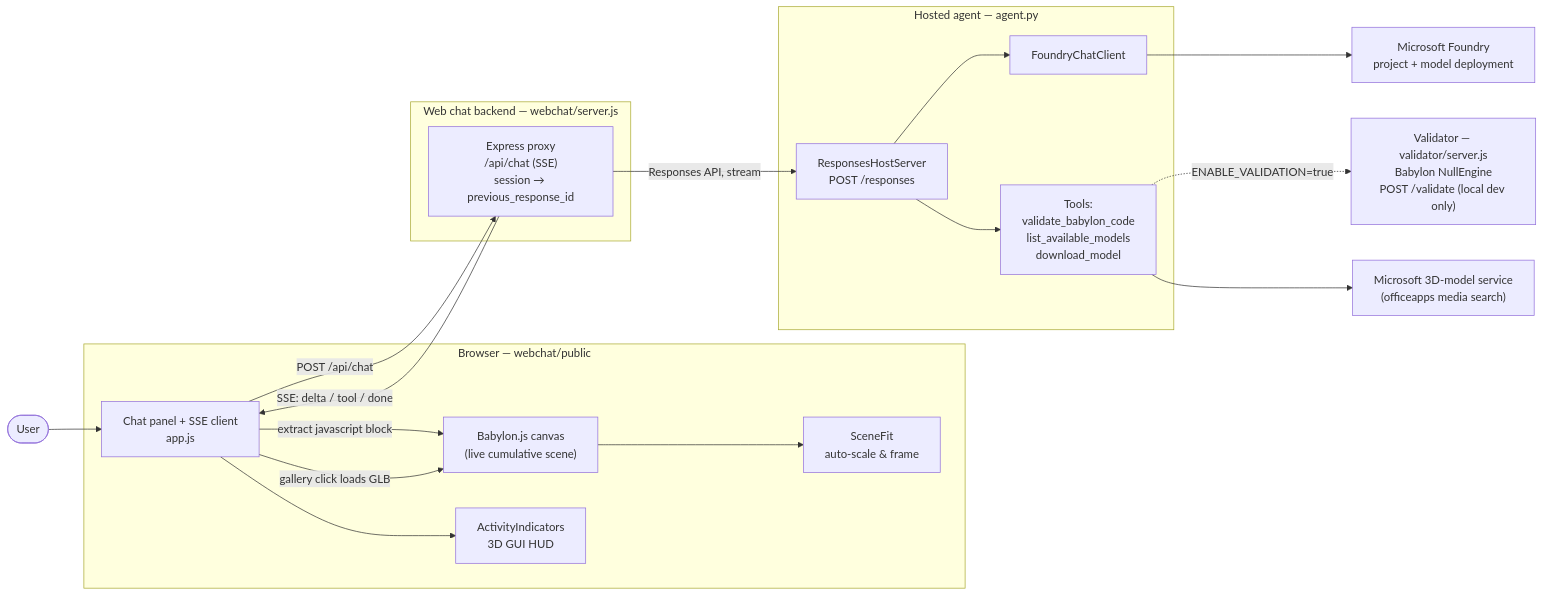
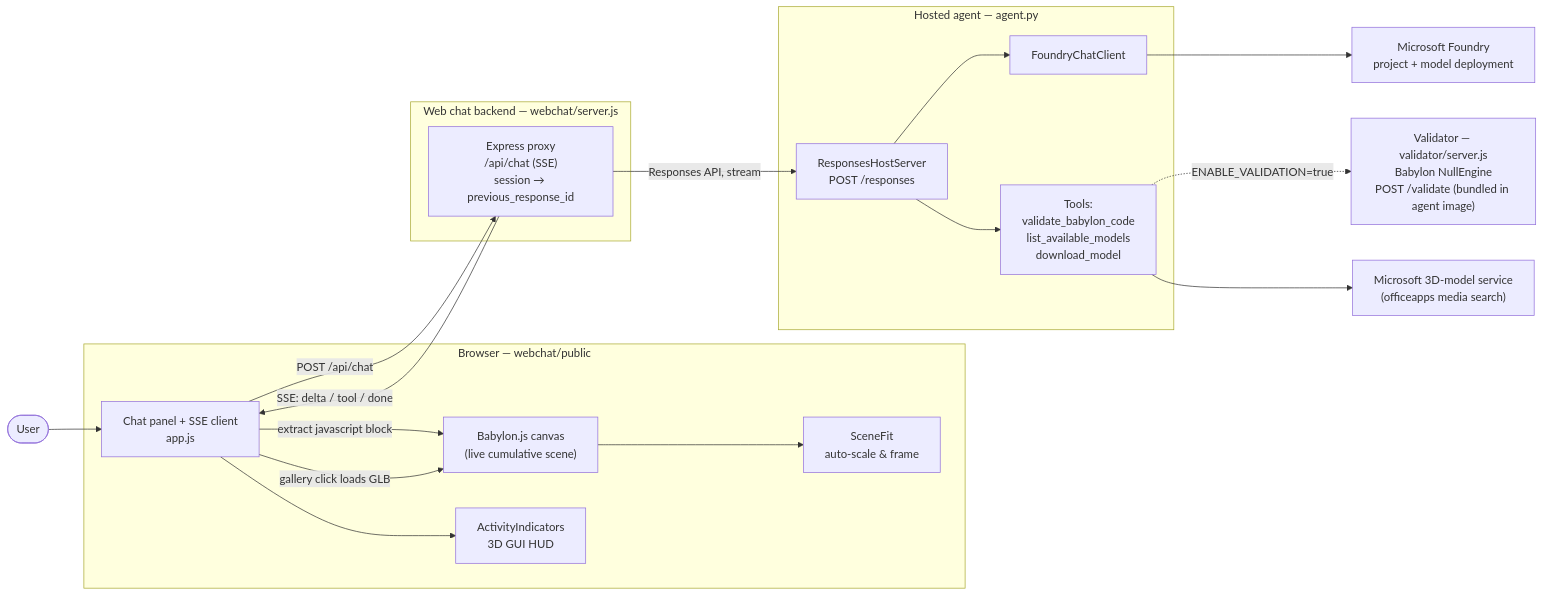
The first of 2 diagrams in README.md (davrous/VerbalReality), drawn with Mermaid before and after one commit. The commit also changed other lines of this file and 11 other files, not shown here.

````diff
--- a/README.md
+++ b/README.md
@@ -42,38 +42,38 @@
 ```mermaid
 flowchart LR
     user([User])
 
     subgraph browser["Browser — webchat/public"]
         canvas["Babylon.js canvas<br/>(live cumulative scene)"]
         chat["Chat panel + SSE client<br/>app.js"]
         scenefit["SceneFit<br/>auto-scale &amp; frame"]
         activity["ActivityIndicators<br/>3D GUI HUD"]
     end
 
     subgraph webchat["Web chat backend — webchat/server.js"]
         proxy["Express proxy<br/>/api/chat (SSE)<br/>session → previous_response_id"]
     end
 
     subgraph agent["Hosted agent — agent.py"]
         host["ResponsesHostServer<br/>POST /responses"]
         fcc["FoundryChatClient"]
         tools["Tools:<br/>validate_babylon_code<br/>list_available_models<br/>download_model"]
     end
 
-    validator["Validator — validator/server.js<br/>Babylon NullEngine<br/>POST /validate (local dev only)"]
+    validator["Validator — validator/server.js<br/>Babylon NullEngine<br/>POST /validate (bundled in agent image)"]
     foundry["Microsoft Foundry<br/>project + model deployment"]
     library["Microsoft 3D-model service<br/>(officeapps media search)"]
 
     user --> chat
     chat -->|POST /api/chat| proxy
     proxy -->|Responses API, stream| host
     host --> fcc --> foundry
     host --> tools
     tools -. ENABLE_VALIDATION=true .-> validator
     tools --> library
     proxy -->|SSE: delta / tool / done| chat
     chat -->|extract javascript block| canvas
     chat -->|gallery click loads GLB| canvas
     canvas --> scenefit
     chat --> activity
 ```
````
